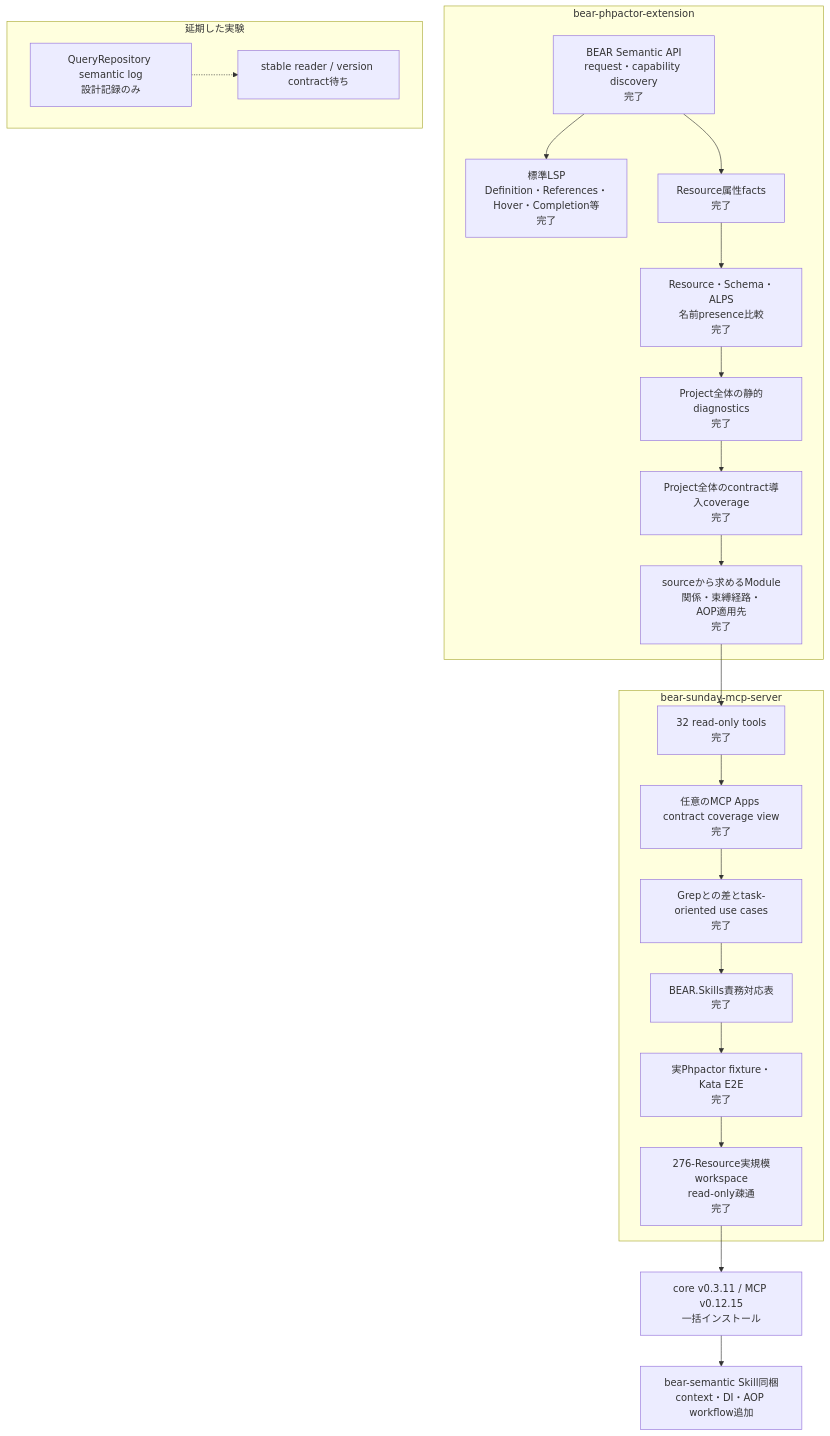
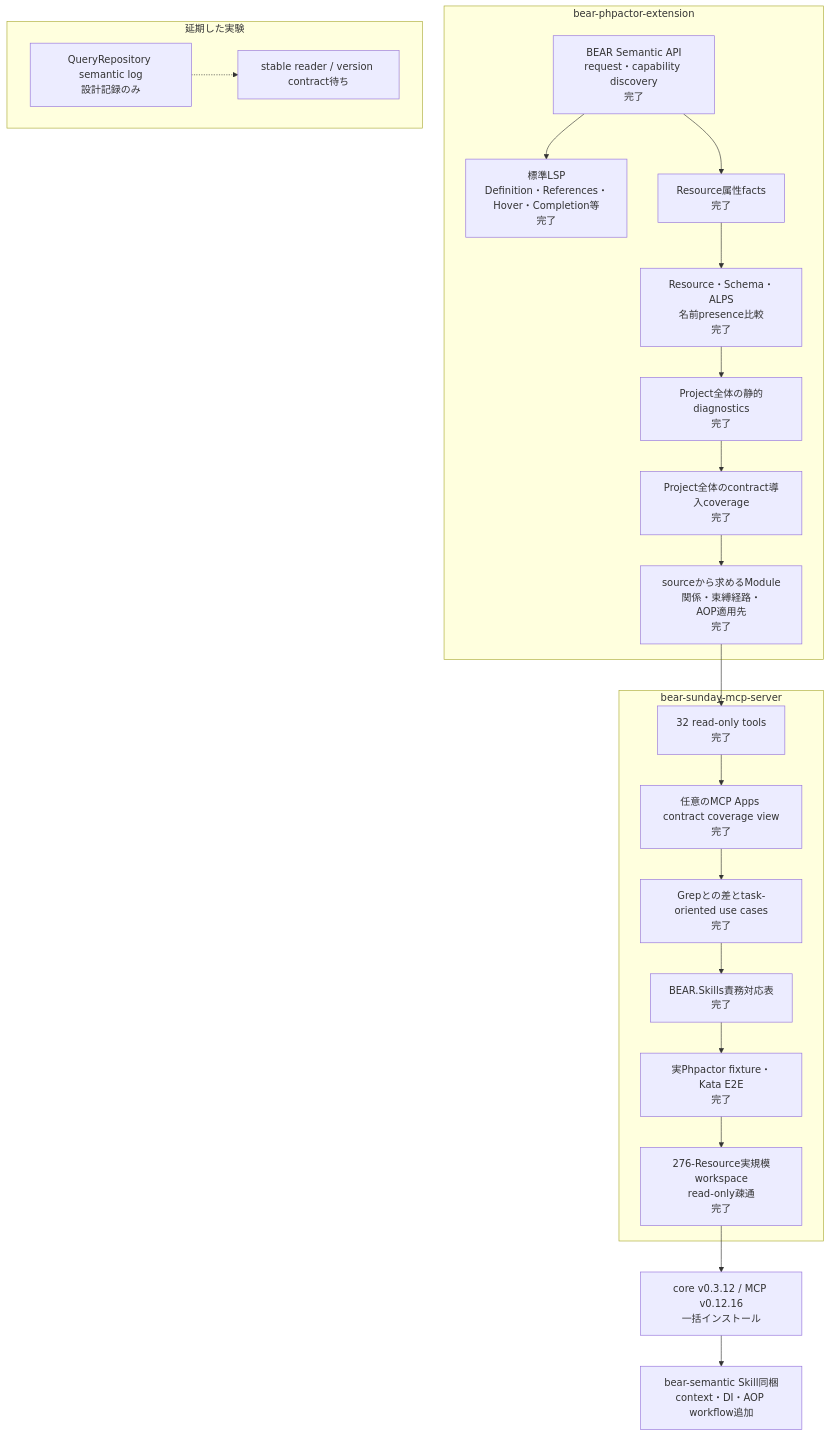
One commit to suzumaze/bear-sunday-mcp-server changed the diagram in docs/project-status.ja.md. Above: the diagram before and after it, drawn with Mermaid. The commit also changed other lines of this file and 7 other files, not shown here.

````diff
--- a/docs/project-status.ja.md
+++ b/docs/project-status.ja.md
@@ -8,35 +8,35 @@
 ```mermaid
 flowchart TB
     subgraph Core["bear-phpactor-extension"]
         C1["BEAR Semantic API<br/>request・capability discovery<br/>完了"]
         C2["標準LSP<br/>Definition・References・Hover・Completion等<br/>完了"]
         C3["Resource属性facts<br/>完了"]
         C4["Resource・Schema・ALPS<br/>名前presence比較<br/>完了"]
         C5["Project全体の静的diagnostics<br/>完了"]
         C6["Project全体のcontract導入coverage<br/>完了"]
         C7["sourceから求めるModule関係・束縛経路・<br/>AOP適用先<br/>完了"]
         C1 --> C2
         C1 --> C3 --> C4 --> C5 --> C6 --> C7
     end
 
     subgraph MCP["bear-sunday-mcp-server"]
         M1["32 read-only tools<br/>完了"]
         M0["任意のMCP Apps contract coverage view<br/>完了"]
         M2["Grepとの差とtask-oriented use cases<br/>完了"]
         M3["BEAR.Skills責務対応表<br/>完了"]
         M4["実Phpactor fixture・Kata E2E<br/>完了"]
         M5["276-Resource実規模workspace<br/>read-only疎通<br/>完了"]
         M1 --> M0 --> M2 --> M3 --> M4 --> M5
     end
 
     C7 --> M1
 
     subgraph Deferred["延期した実験"]
         D1["QueryRepository semantic log<br/>設計記録のみ"]
         D2["stable reader / version contract待ち"]
         D1 -.-> D2
     end
 
-    M5 --> R1["core v0.3.11 / MCP v0.12.15<br/>一括インストール"]
+    M5 --> R1["core v0.3.12 / MCP v0.12.16<br/>一括インストール"]
     R1 --> S1["bear-semantic Skill同梱<br/>context・DI・AOP workflow追加"]
 ```
````
